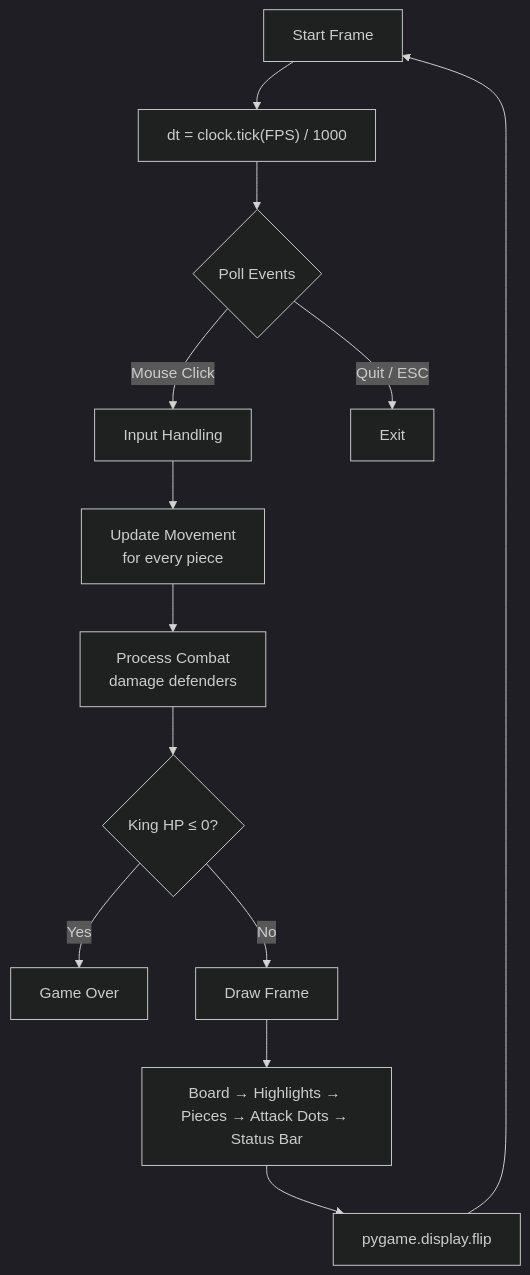
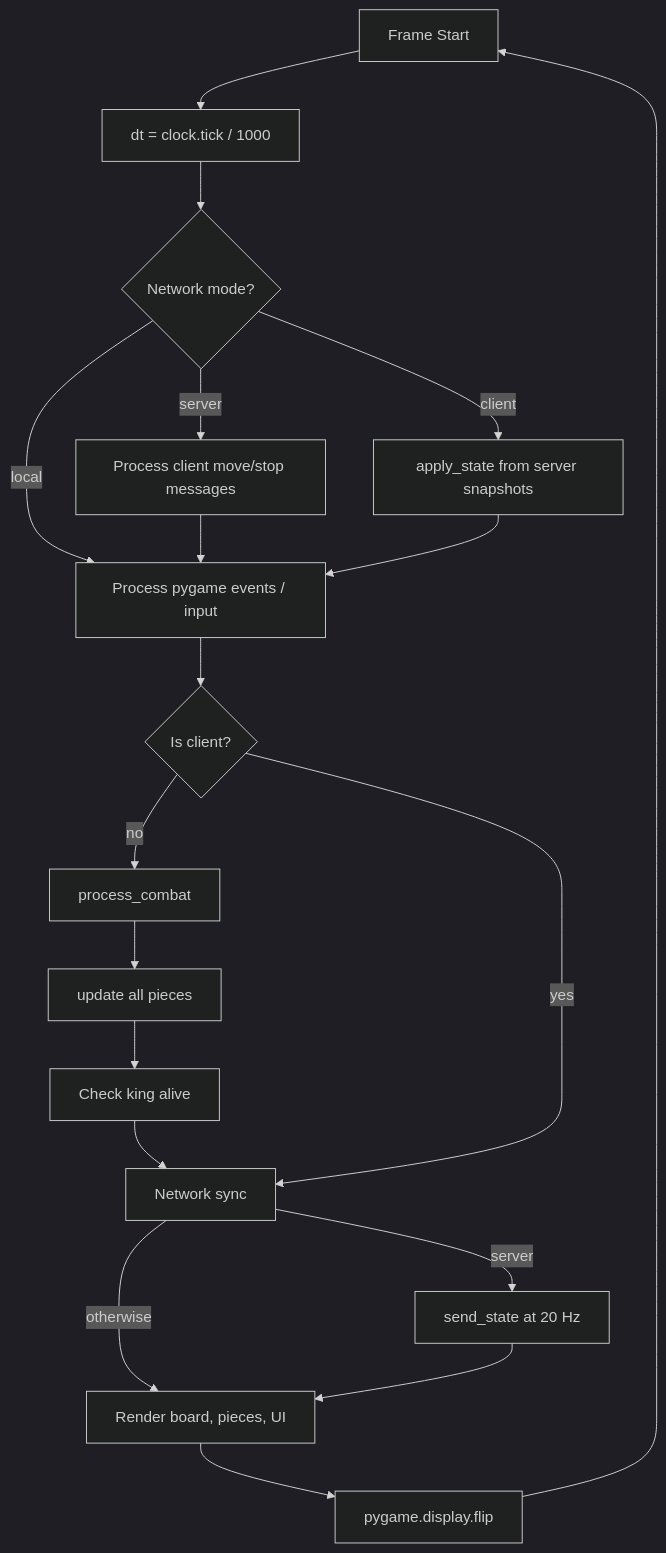
The fifth of 5 diagrams in ARCHITECTURE.md (VladanJ/chess), drawn with Mermaid (dark theme) before and after one commit. The commit also changed other lines of this file and 3 other files, not shown here.

````diff
--- a/ARCHITECTURE.md
+++ b/ARCHITECTURE.md
@@ -235,15 +342,21 @@
 ```mermaid
 flowchart TD
-    A[Start Frame] --> B["dt = clock.tick(FPS) / 1000"]
-    B --> C{Poll Events}
-    C -->|Mouse Click| D[Input Handling]
-    C -->|Quit / ESC| Z[Exit]
-    D --> E[Update Movement\nfor every piece]
-    E --> F[Process Combat\ndamage defenders]
-    F --> G{King HP ≤ 0?}
-    G -->|Yes| H[Game Over]
-    G -->|No| I[Draw Frame]
-    I --> J["Board → Highlights → Pieces → Attack Dots → Status Bar"]
-    J --> K[pygame.display.flip]
-    K --> A
+    Start[Frame Start] --> DT[dt = clock.tick / 1000]
+    DT --> NetRecv{Network mode?}
+    NetRecv -->|server| ServerRecv[Process client move/stop messages]
+    NetRecv -->|client| ClientRecv[apply_state from server snapshots]
+    NetRecv -->|local| Events
+    ServerRecv --> Events
+    ClientRecv --> Events
+    Events[Process pygame events / input] --> Sim{Is client?}
+    Sim -->|no| Combat[process_combat]
+    Combat --> Movement[update all pieces]
+    Movement --> GameOver[Check king alive]
+    GameOver --> Sync
+    Sim -->|yes| Sync[Network sync]
+    Sync -->|server| SendState[send_state at 20 Hz]
+    Sync -->|otherwise| Draw
+    SendState --> Draw
+    Draw[Render board, pieces, UI] --> Flip[pygame.display.flip]
+    Flip --> Start
 ```
````
